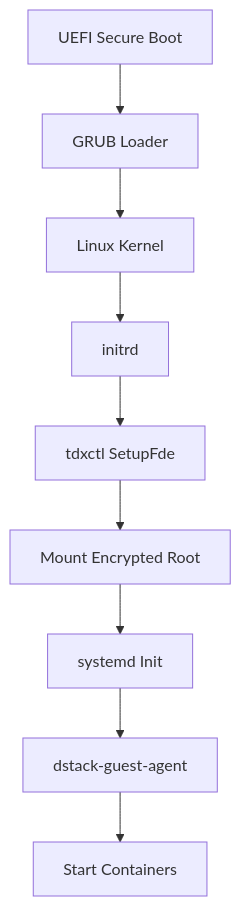
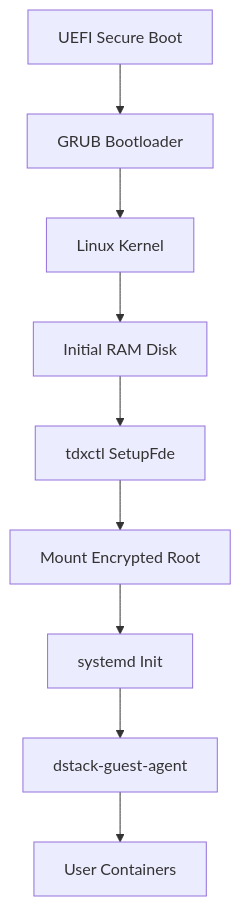
Before and after one commit to Dstack-TEE/dstack: the seventh of 7 diagrams in docs/concepts/core-components.mdx, drawn with Mermaid. The commit also changed other lines of this file and 6 other files, not shown here.

````diff
--- a/docs/concepts/core-components.mdx
+++ b/docs/concepts/core-components.mdx
@@ -393,11 +612,11 @@
 ```mermaid
 graph TD
-    A[UEFI Secure Boot] --> B[GRUB Loader]
-    B --> C[Linux Kernel]
-    C --> D[initrd]
-    D --> E[tdxctl SetupFde]
-    E --> F[Mount Encrypted Root]
-    F --> G[systemd Init]
-    G --> H[dstack-guest-agent]
-    H --> I[Start Containers]
+    UEFI[UEFI Secure Boot] --> GRUB[GRUB Bootloader]
+    GRUB --> KERNEL[Linux Kernel]
+    KERNEL --> INITRD[Initial RAM Disk]
+    INITRD --> TDXCTL[tdxctl SetupFde]
+    TDXCTL --> MOUNT[Mount Encrypted Root]
+    MOUNT --> SYSTEMD[systemd Init]
+    SYSTEMD --> AGENT[dstack-guest-agent]
+    AGENT --> CONTAINERS[User Containers]
 ```
````
